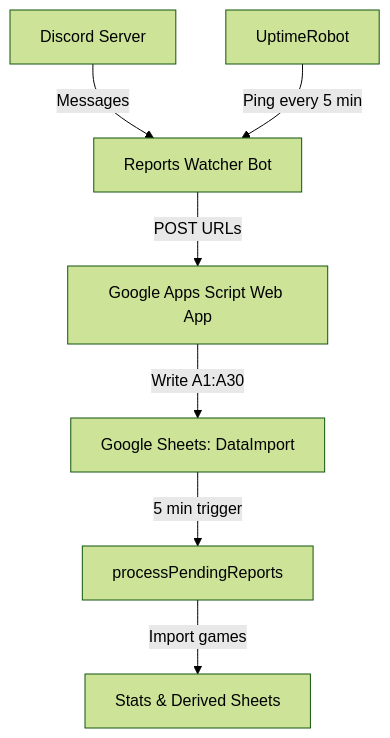
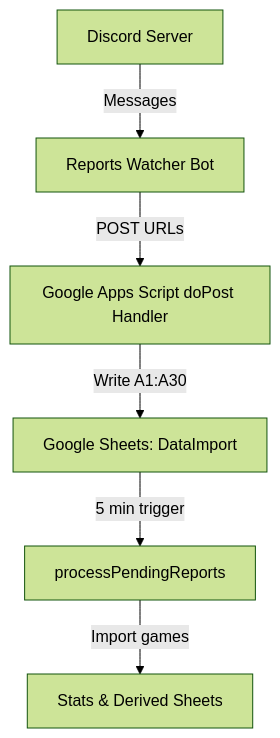
One commit to kindzal/qw-reports-watcher changed the diagram in README.md. Above: the diagram before and after it, drawn with Mermaid (forest theme). The commit also changed other lines of this file, not shown here.

````diff
--- a/README.md
+++ b/README.md
@@ -29,11 +32,9 @@
 ```mermaid
 flowchart TD
     A[Discord Server] -->|Messages| B[Reports Watcher Bot]
-    B -->|POST URLs| C[Google Apps Script Web App]
+    B -->|POST URLs| C[Google Apps Script doPost Handler]
     C -->|Write A1:A30| D[Google Sheets: DataImport]
 
     D -->|5 min trigger| E[processPendingReports]
     E -->|Import games| F[Stats & Derived Sheets]
-
-    U[UptimeRobot] -->|Ping every 5 min| B
 ```
````
